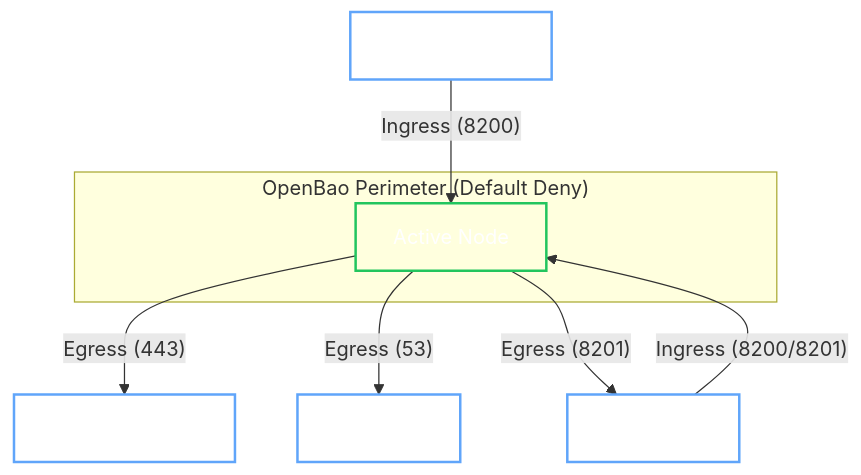
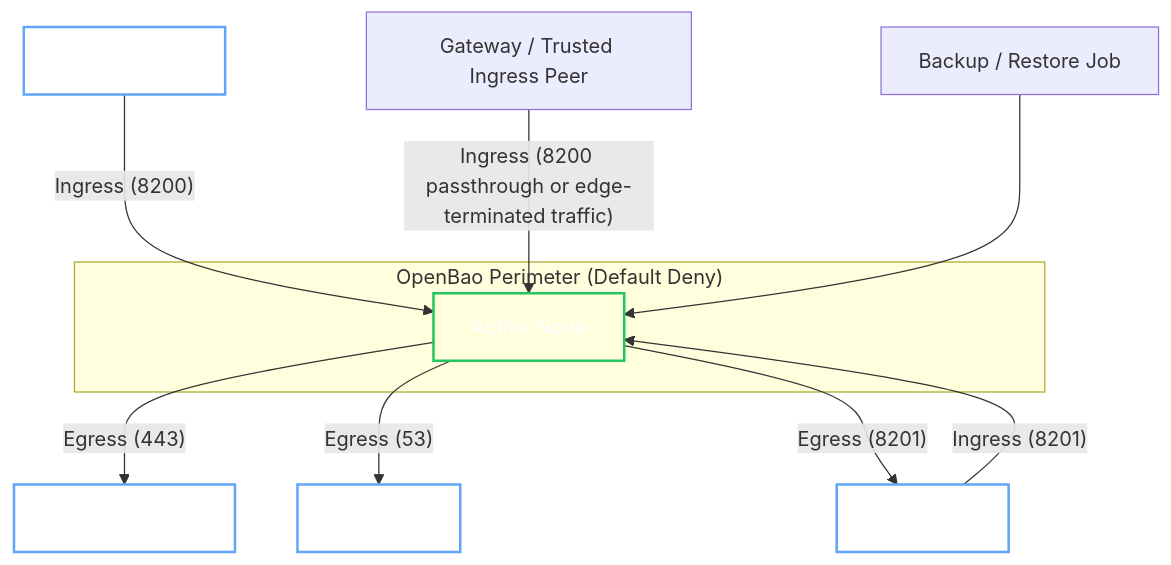
The diagram in docs/security/infrastructure/network-security.md (dc-tec/openbao-operator), drawn with Mermaid before and after one commit. The commit also changed other lines of this file and 30 other files, not shown here.

````diff
--- a/docs/security/infrastructure/network-security.md
+++ b/docs/security/infrastructure/network-security.md
@@ -10,28 +10,30 @@
 ```mermaid
 flowchart TB
     %% External Actors
     Operator["Operator Pod"]
     K8sAPI["Kubernetes API"]
     DNS["CoreDNS"]
     Peer["Raft Peers"]
 
     %% The OpenBao Cluster
     subgraph Cluster ["OpenBao Perimeter (Default Deny)"]
         Yield["Active Node"]
     end
 
     %% Ingress Rules
     Operator --"Ingress (8200)"--> Yield
-    Peer --"Ingress (8200/8201)"--> Yield
+    Peer --"Ingress (8201)"--> Yield
+    Ingress["Gateway / Trusted Ingress Peer"] --"Ingress (8200 passthrough or edge-terminated traffic)"--> Yield
+    Jobs["Backup / Restore Job"] --> Yield
 
     %% Egress Rules
     Yield --"Egress (443)"--> K8sAPI
     Yield --"Egress (53)"--> DNS
     Yield --"Egress (8201)"--> Peer
 
     classDef read fill:transparent,stroke:#60a5fa,stroke-width:2px,color:#fff;
     classDef write fill:transparent,stroke:#22c55e,stroke-width:2px,color:#fff;
 
     class Operator,K8sAPI,DNS,Peer read;
     class Yield write;
 ```
````
